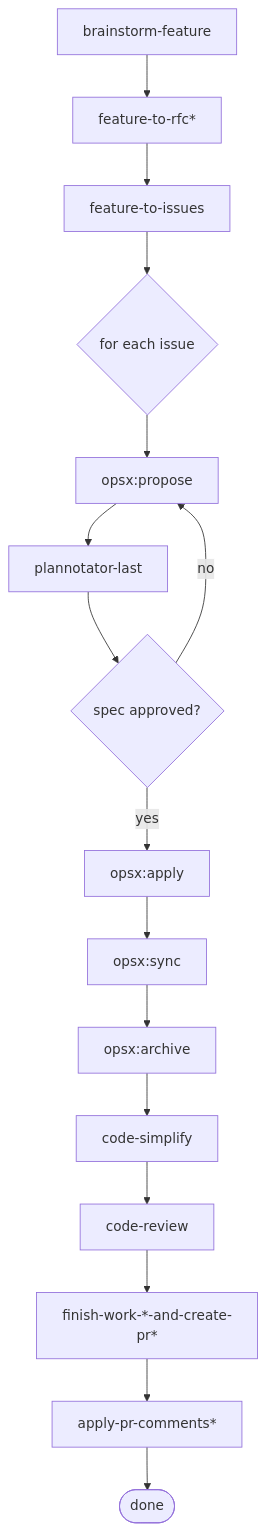
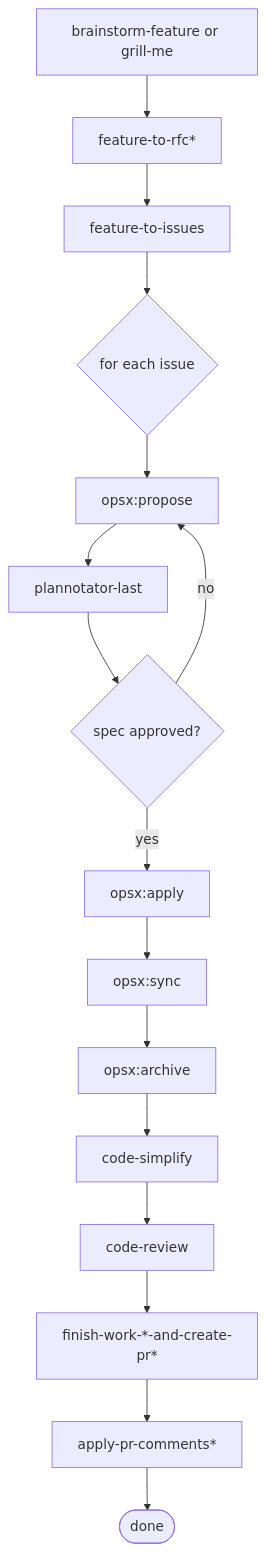
Before and after one commit to sathish316/skills: the second of 2 diagrams in README.md, drawn with Mermaid. The commit also changed other lines of this file and 1 other file, not shown here.

Commit message:
add grill-me skill as an alternative to brainstorming skill

````diff
--- a/README.md
+++ b/README.md
@@ -84,18 +84,18 @@
 ```mermaid
 flowchart TD
-    A[brainstorm-feature] --> B["feature-to-rfc*"]
+    A[brainstorm-feature or grill-me] --> B["feature-to-rfc*"]
     B --> C[feature-to-issues]
     C --> D{for each issue}
     D --> E["opsx:propose"]
     E --> F["plannotator-last"]
     F --> G{"spec approved?"}
     G -- no --> E
     G -- yes --> H["opsx:apply"]
     H --> I["opsx:sync"]
     I --> J["opsx:archive"]
     J --> K[code-simplify]
     K --> L[code-review]
     L --> M["finish-work-*-and-create-pr*"]
     M --> N["apply-pr-comments*"]
     N --> O([done])
 ```
````
